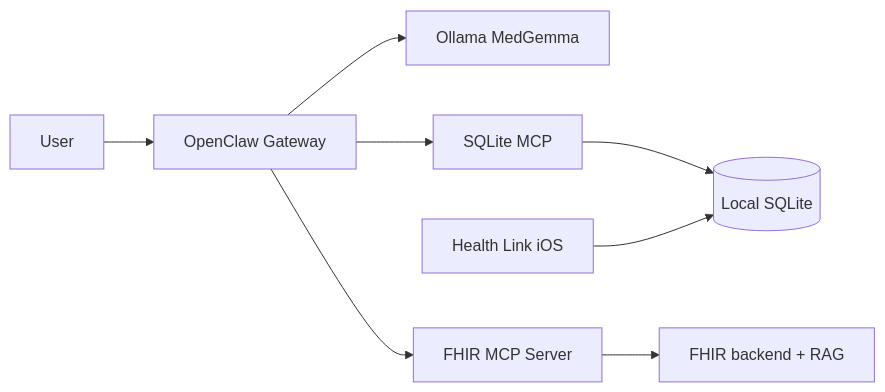
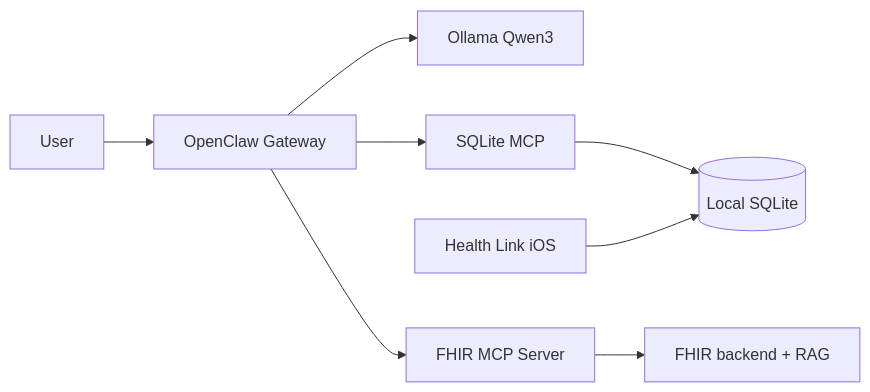
The second of 2 diagrams in README.md (CGU-AI4Humanity/openclaw_health_wallet), drawn with Mermaid before and after one commit. The commit also changed other lines of this file and 19 other files, not shown here.

````diff
--- a/README.md
+++ b/README.md
@@ -68,10 +68,10 @@
 ```mermaid
 flowchart LR
   U[User] --> OC[OpenClaw Gateway]
-  OC --> MG[Ollama MedGemma]
+  OC --> QW[Ollama Qwen3]
   OC --> LMCP[SQLite MCP]
   OC --> RMCP[FHIR MCP Server]
   LMCP --> DB[(Local SQLite)]
   HL[Health Link iOS] --> DB
   RMCP --> FHIR[FHIR backend + RAG]
 ```
````
